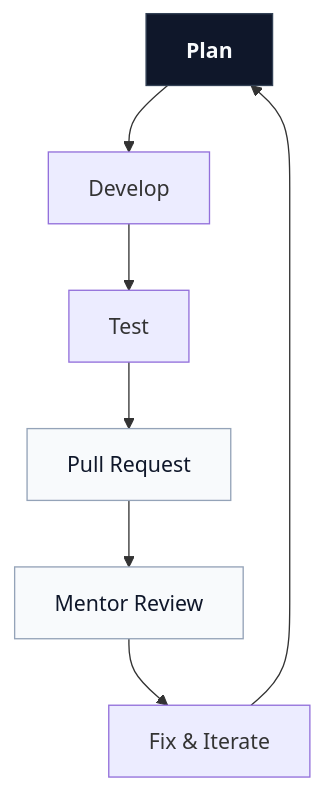
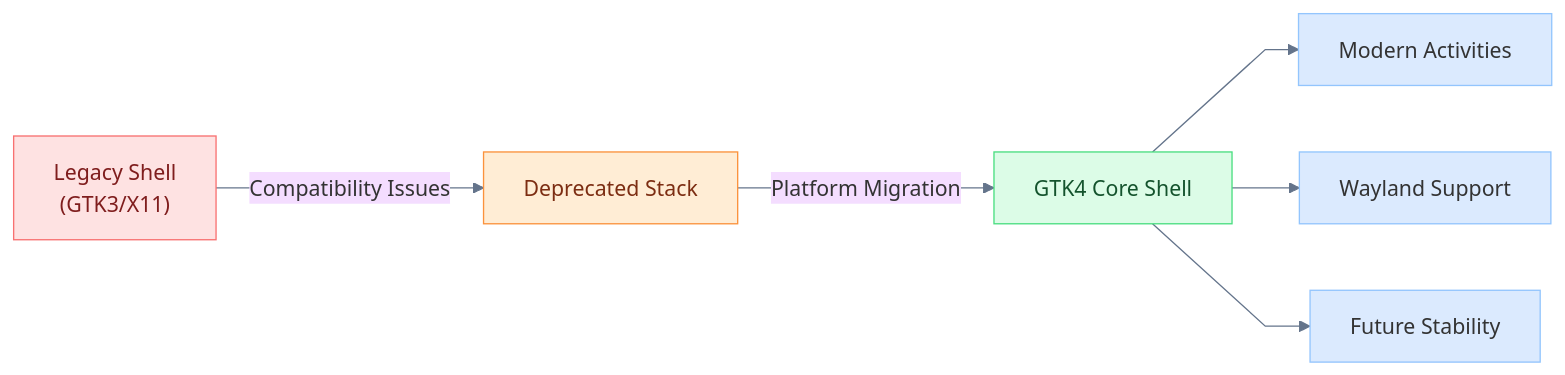
Before and after one commit to Dev10-sys/sugar-proposal-gtk: diagram 13 of 13 in proposal.md, drawn with Mermaid. The commit also changed other lines of this file, not shown here.

Commit message:
docs: Upgrade all GSoC proposal diagrams to professional engineering standards with GTK4/Wayland focused architecture

````diff
--- a/proposal.md
+++ b/proposal.md
@@ -870,13 +1004,16 @@
 ```mermaid
-graph TD
-    A["Plan"] --> B["Develop"]
-    B --> C["Test"]
-    C --> D["Pull Request"]
-    D --> E["Mentor Review"]
-    E --> F["Fix & Iterate"]
-    F --> A
+%%{init: {'theme': 'base', 'themeVariables': {'lineColor': '#64748b'}, 'flowchart': {'curve': 'linear'}}}%%
+flowchart LR
+    A["Legacy Shell\n(GTK3/X11)"] -->|"Compatibility Issues"| B["Deprecated Stack"]
+    B -->|"Platform Migration"| C["GTK4 Core Shell"]
+    C --> D["Modern Activities"]
+    C --> E["Wayland Support"]
+    C --> F["Future Stability"]
 
-    style A fill:#0f172a,stroke:#334155,color:#f8fafc,font-weight:bold
-    style D fill:#f8fafc,stroke:#94a3b8,color:#0f172a
-    style E fill:#f8fafc,stroke:#94a3b8,color:#0f172a
+    style A fill:#fee2e2,stroke:#f87171,color:#7f1d1d
+    style C fill:#dcfce7,stroke:#4ade80,color:#14532d
+    style B fill:#ffedd5,stroke:#fb923c,color:#7c2d12
+    style D fill:#dbeafe,stroke:#93c5fd
+    style E fill:#dbeafe,stroke:#93c5fd
+    style F fill:#dbeafe,stroke:#93c5fd
 ```
````
